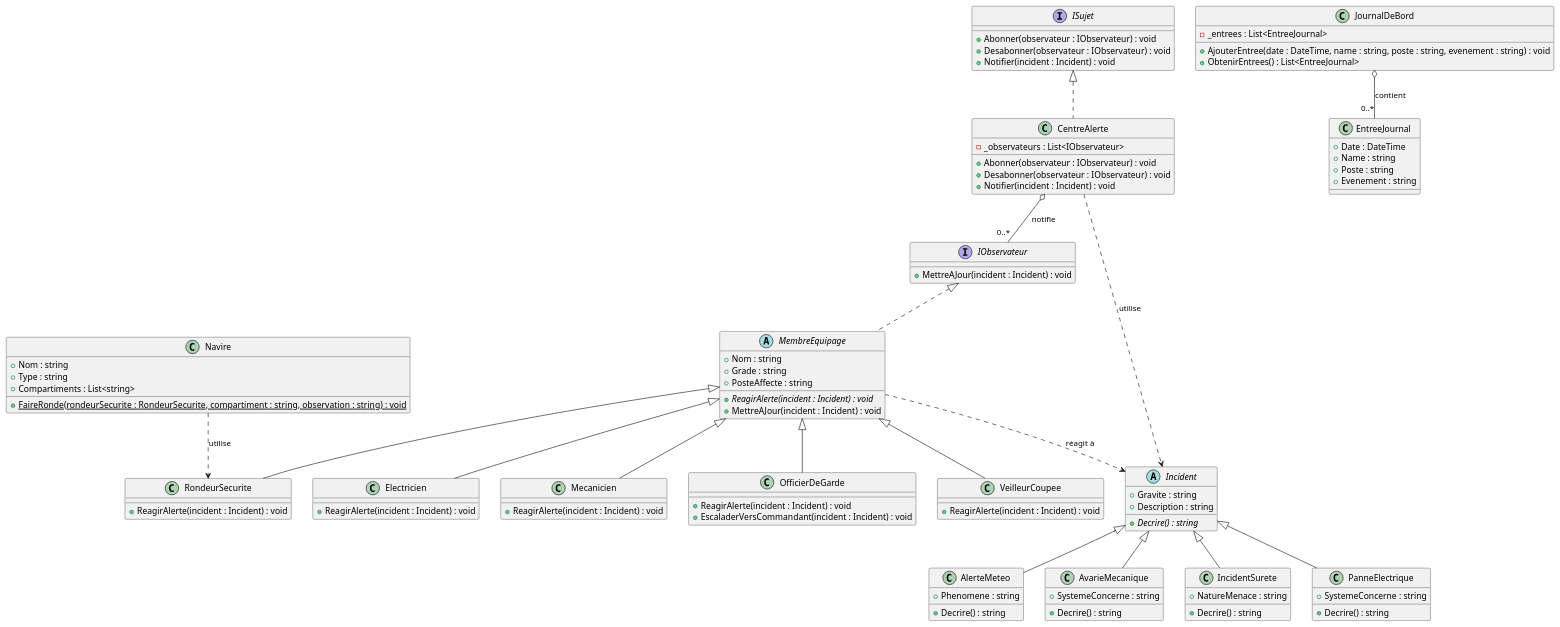
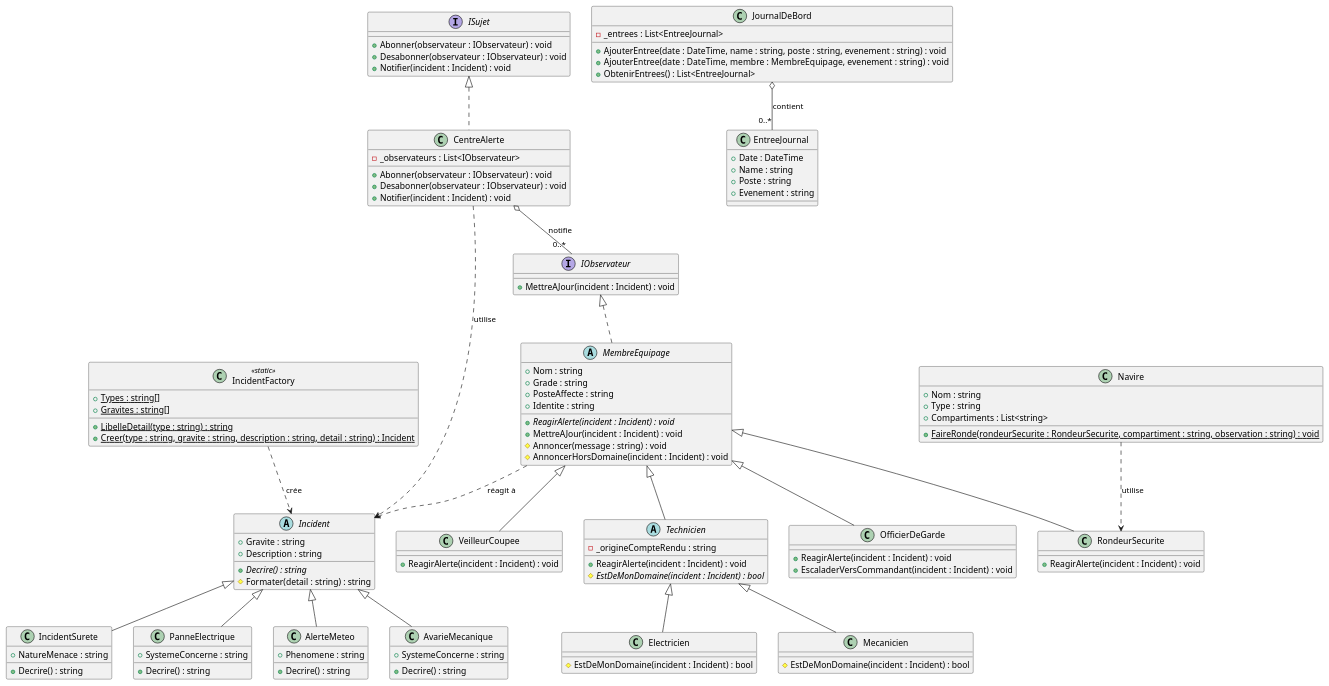
Before and after one commit to Melisakira/QuartAQuai: the diagram in QuartAQuai_UML.puml, drawn with PlantUML. The commit also changed 18 other files, not shown here.

```diff
--- a/QuartAQuai_UML.puml
+++ b/QuartAQuai_UML.puml
@@ -1,107 +1,126 @@
 @startuml QuartAQuai
 
 ' ===== Hiérarchie Incident =====
 abstract class Incident {
     +Gravite : string
     +Description : string
     +{abstract} Decrire() : string
+    #Formater(detail : string) : string
 }
 class AlerteMeteo {
     +Phenomene : string
     +Decrire() : string
 }
 class AvarieMecanique {
     +SystemeConcerne : string
     +Decrire() : string
 }
 class IncidentSurete {
     +NatureMenace : string
     +Decrire() : string
 }
 class PanneElectrique {
     +SystemeConcerne : string
     +Decrire() : string
 }
 
 Incident <|-- AlerteMeteo
 Incident <|-- AvarieMecanique
 Incident <|-- IncidentSurete
 Incident <|-- PanneElectrique
+
+class IncidentFactory <<static>> {
+    +{static} Types : string[]
+    +{static} Gravites : string[]
+    +{static} LibelleDetail(type : string) : string
+    +{static} Creer(type : string, gravite : string, description : string, detail : string) : Incident
+}
+IncidentFactory ..> Incident : crée
 
 ' ===== Pattern Observer =====
 interface IObservateur {
     +MettreAJour(incident : Incident) : void
 }
 interface ISujet {
     +Abonner(observateur : IObservateur) : void
     +Desabonner(observateur : IObservateur) : void
     +Notifier(incident : Incident) : void
 }
 class CentreAlerte {
     -_observateurs : List<IObservateur>
     +Abonner(observateur : IObservateur) : void
     +Desabonner(observateur : IObservateur) : void
     +Notifier(incident : Incident) : void
 }
 
 ISujet <|.. CentreAlerte
 CentreAlerte o-- "0..*" IObservateur : notifie
 CentreAlerte ..> Incident : utilise
 
 ' ===== Hiérarchie MembreEquipage =====
 abstract class MembreEquipage {
     +Nom : string
     +Grade : string
     +PosteAffecte : string
+    +Identite : string
     +{abstract} ReagirAlerte(incident : Incident) : void
     +MettreAJour(incident : Incident) : void
+    #Annoncer(message : string) : void
+    #AnnoncerHorsDomaine(incident : Incident) : void
+}
+abstract class Technicien {
+    -_origineCompteRendu : string
+    +ReagirAlerte(incident : Incident) : void
+    #{abstract} EstDeMonDomaine(incident : Incident) : bool
 }
 class Electricien {
-    +ReagirAlerte(incident : Incident) : void
+    #EstDeMonDomaine(incident : Incident) : bool
 }
 class Mecanicien {
-    +ReagirAlerte(incident : Incident) : void
+    #EstDeMonDomaine(incident : Incident) : bool
 }
 class OfficierDeGarde {
     +ReagirAlerte(incident : Incident) : void
     +EscaladerVersCommandant(incident : Incident) : void
 }
 class RondeurSecurite {
     +ReagirAlerte(incident : Incident) : void
 }
 class VeilleurCoupee {
     +ReagirAlerte(incident : Incident) : void
 }
 
-MembreEquipage <|-- Electricien
-MembreEquipage <|-- Mecanicien
+MembreEquipage <|-- Technicien
+Technicien <|-- Electricien
+Technicien <|-- Mecanicien
 MembreEquipage <|-- OfficierDeGarde
 MembreEquipage <|-- RondeurSecurite
 MembreEquipage <|-- VeilleurCoupee
 IObservateur <|.. MembreEquipage
 MembreEquipage ..> Incident : réagit à
 
 ' ===== Navire =====
 class Navire {
     +Nom : string
     +Type : string
     +Compartiments : List<string>
     +{static} FaireRonde(rondeurSecurite : RondeurSecurite, compartiment : string, observation : string) : void
 }
 Navire ..> RondeurSecurite : utilise
 
 ' ===== Journal de bord =====
 class JournalDeBord {
     -_entrees : List<EntreeJournal>
     +AjouterEntree(date : DateTime, name : string, poste : string, evenement : string) : void
+    +AjouterEntree(date : DateTime, membre : MembreEquipage, evenement : string) : void
     +ObtenirEntrees() : List<EntreeJournal>
 }
 class EntreeJournal {
     +Date : DateTime
     +Name : string
     +Poste : string
     +Evenement : string
 }
 JournalDeBord o-- "0..*" EntreeJournal : contient
 
 @enduml
```
